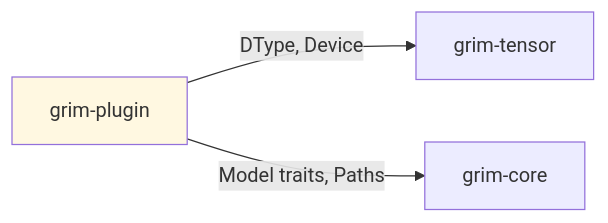
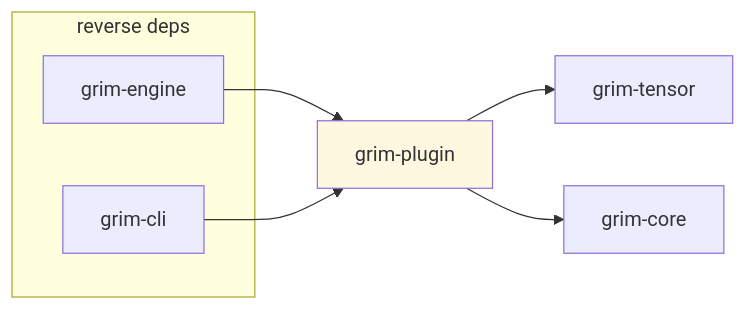
Before and after one commit to sydonayrex/grim: the diagram in crates/grim-plugin/README.md, drawn with Mermaid. The commit also changed other lines of this file and 55 other files, not shown here.

````diff
--- a/crates/grim-plugin/README.md
+++ b/crates/grim-plugin/README.md
@@ -25,7 +17,15 @@
 ```mermaid
 graph LR
-    A[grim-plugin] -->|DType, Device| B[grim-tensor]
-    A -->|Model traits, Paths| C[grim-core]
-    
+    A[grim-plugin] --> B[grim-tensor]
+    A --> C[grim-core]
+
+    subgraph "reverse deps"
+        D1[grim-engine]
+        D2[grim-cli]
+    end
+
+    D1 --> A
+    D2 --> A
+
     style A fill:#fff8e1
 ```
````
